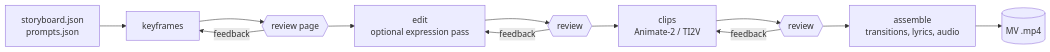
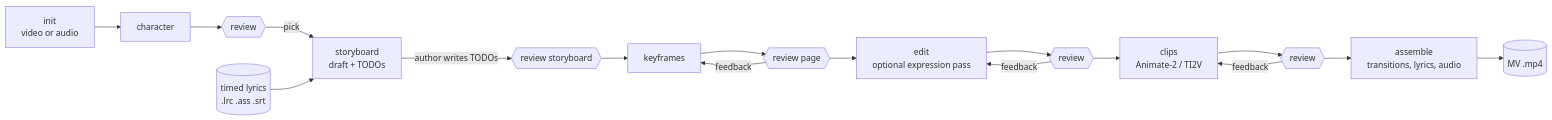
The diagram in tools/videogen/README.md (puddings-world/reprise-studio), drawn with Mermaid before and after one commit. The commit also changed other lines of this file and 16 other files, not shown here.

First line of the commit message:
videogen: init, character and storyboard commands

````diff
--- a/tools/videogen/README.md
+++ b/tools/videogen/README.md
@@ -6,8 +6,10 @@
 ```mermaid
 flowchart LR
-  SB[storyboard.json<br/>prompts.json] --> K[keyframes]
+  I[init<br/>video or audio] --> CH[character] --> RCH{{review}} -->|pick| SB
+  L[(timed lyrics<br/>.lrc .ass .srt)] --> SB[storyboard<br/>draft + TODOs]
+  SB -->|author writes TODOs| RSB{{review storyboard}} --> K[keyframes]
   K --> RK{{review page}} -->|feedback| K
   RK --> E[edit<br/>optional expression pass] --> RE{{review}} -->|feedback| E
   RE --> C[clips<br/>Animate-2 / TI2V] --> RC{{review}} -->|feedback| C
   RC --> A[assemble<br/>transitions, lyrics, audio] --> MV[(MV .mp4)]
 ```
````
